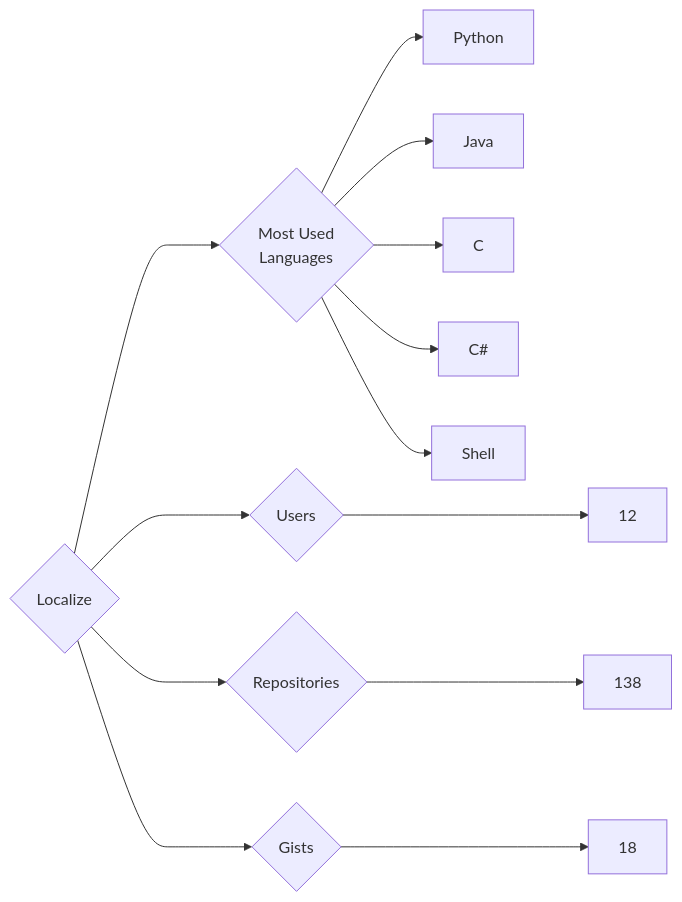
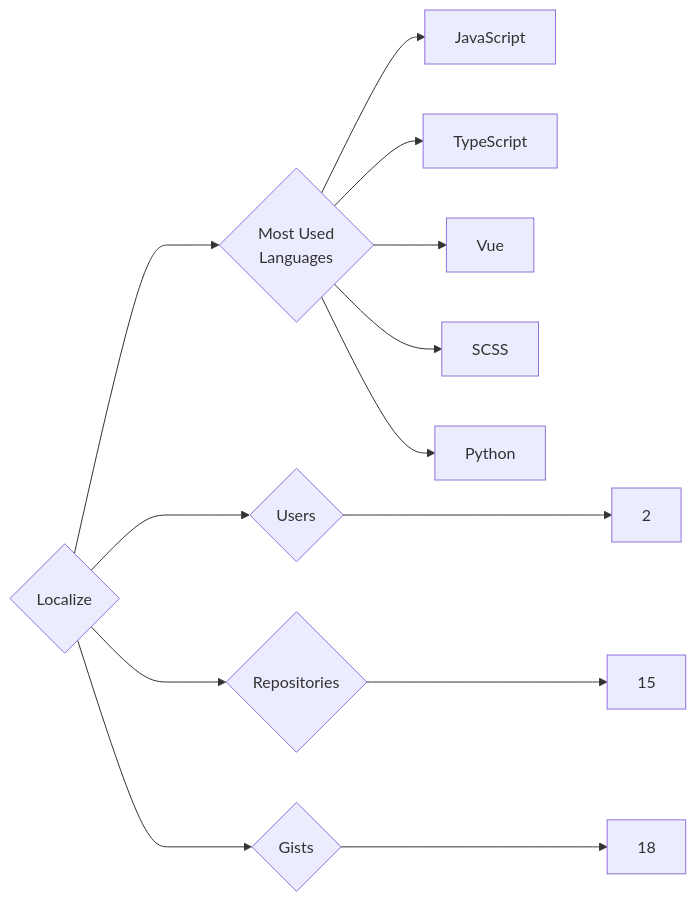
Before and after one commit to trickest/insiders: the diagram in targets/Localize/README.md, drawn with Mermaid. The commit also changed 903 other files, not shown here.

````diff
--- a/targets/Localize/README.md
+++ b/targets/Localize/README.md
@@ -3,13 +3,13 @@
 ```mermaid
 graph LR
 COMPANY_NAME{Localize}
-COMPANY_NAME ---> U{Users} ---> UN[12]
-COMPANY_NAME ---> R{Repositories} ---> RN[138]
+COMPANY_NAME ---> U{Users} ---> UN[2]
+COMPANY_NAME ---> R{Repositories} ---> RN[15]
 COMPANY_NAME ---> G{Gists} ---> GN[18]
 COMPANY_NAME ---> ML{Most Used<br>Languages}
+ML --> JavaScript[JavaScript]
+ML --> TypeScript[TypeScript]
+ML --> Vue[Vue]
+ML --> SCSS[SCSS]
 ML --> Python[Python]
-ML --> Java[Java]
-ML --> C[C]
-ML --> C#[C#]
-ML --> Shell[Shell]
 ```
````
